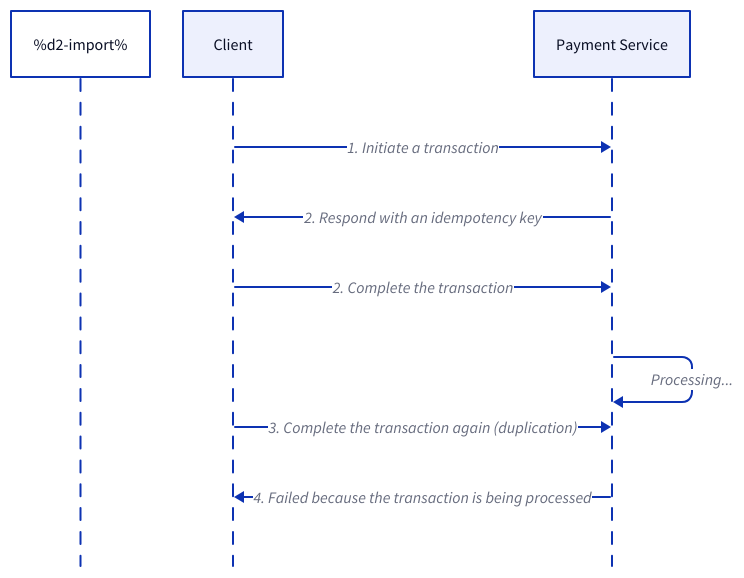
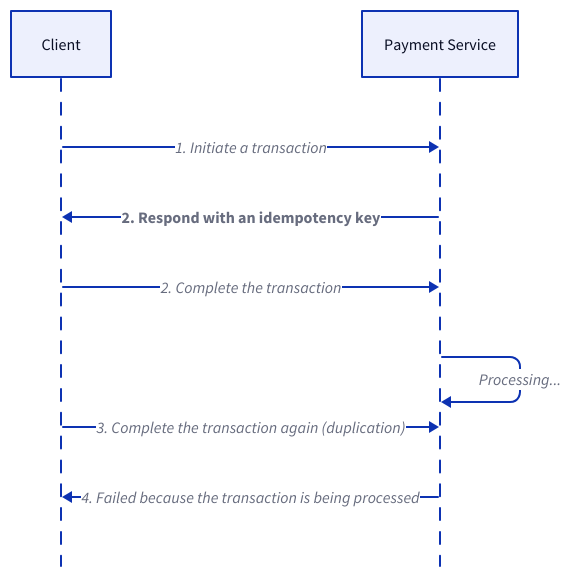
Before and after one commit to link1905/system-design-101: the seventh of 9 diagrams in content/docs/web-service/api-design/_index.md, drawn with D2. The commit also changed other lines of this file and 12 other files, not shown here.

````diff
--- a/content/docs/web-service/api-design/_index.md
+++ b/content/docs/web-service/api-design/_index.md
@@ -314,18 +305,19 @@
 ```d2
-%d2-import%
 shape: sequence_diagram
 c: Client {
     class: client
 }
 p: Payment Service {
     class: client
 }
 c -> p: 1. Initiate a transaction
-p -> c: 2. Respond with an idempotency key
+p -> c: 2. Respond with an idempotency key {
+    style.bold: true
+}
 c -> p: 2. Complete the transaction
 p -> p: Processing...
 c -> p: 3. Complete the transaction again (duplication)
 c <- p: 4. Failed because the transaction is being processed {
     class: error-conn
 }
 ```
````
